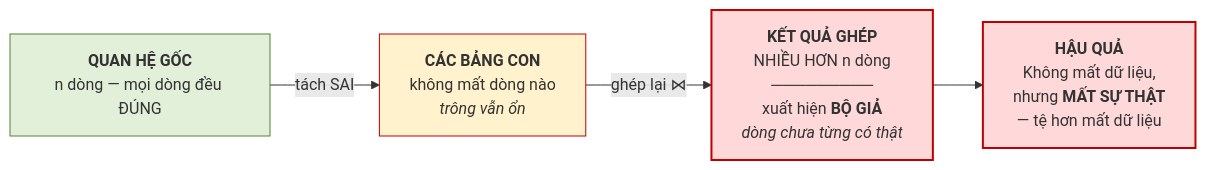
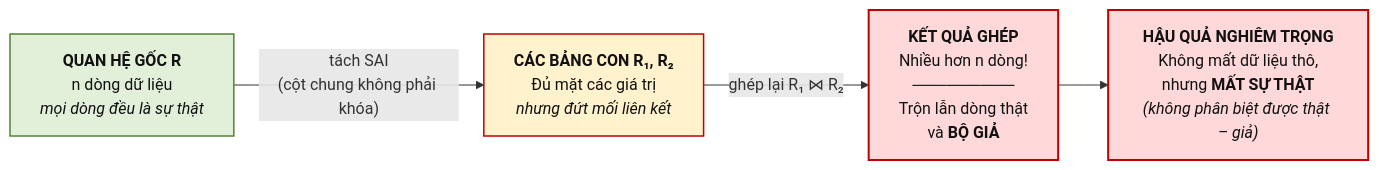
One commit to CuongNguyenDAU/csdl-dbs201 changed the diagram in docs/chuong-5/5-8-phep-tach-luoc-do.md. Above: the diagram before and after it, drawn with Mermaid. The commit also changed other lines of this file and 123 other files, not shown here.

Commit message:
Cập nhật bài giảng v7: sơ đồ ER ký pháp Chen, hình minh họa tự vẽ, mở rộng toàn diện Chương 5 và bổ sung lời giải A4, B5

````diff
--- a/docs/chuong-5/5-8-phep-tach-luoc-do.md
+++ b/docs/chuong-5/5-8-phep-tach-luoc-do.md
@@ -49,11 +58,11 @@
 ```mermaid
 flowchart LR
-    R["<b>QUAN HỆ GỐC</b><br/>n dòng — mọi dòng đều ĐÚNG"]
-    R -->|"tách SAI"| S["<b>CÁC BẢNG CON</b><br/>không mất dòng nào<br/><i>trông vẫn ổn</i>"]
-    S -->|"ghép lại ⋈"| G["<b>KẾT QUẢ GHÉP</b><br/>NHIỀU HƠN n dòng<br/>─────────<br/>xuất hiện <b>BỘ GIẢ</b><br/><i>dòng chưa từng có thật</i>"]
-    G --> K["<b>HẬU QUẢ</b><br/>Không mất dữ liệu,<br/>nhưng <b>MẤT SỰ THẬT</b><br/>— tệ hơn mất dữ liệu"]
-    style R fill:#E2F0D9,stroke:#548235
-    style S fill:#FFF2CC,stroke:#C00000
-    style G fill:#FFD9D9,stroke:#C00000,stroke-width:2px
-    style K fill:#FFD9D9,stroke:#C00000,stroke-width:2px
+    R["<b>QUAN HỆ GỐC R</b><br/>n dòng dữ liệu<br/><i>mọi dòng đều là sự thật</i>"]
+    R -->|"tách SAI<br/>(cột chung không phải khóa)"| S["<b>CÁC BẢNG CON R₁, R₂</b><br/>Đủ mặt các giá trị<br/><i>nhưng đứt mối liên kết</i>"]
+    S -->|"ghép lại R₁ ⋈ R₂"| G["<b>KẾT QUẢ GHÉP</b><br/>Nhiều hơn n dòng!<br/>─────────<br/>Trộn lẫn dòng thật<br/>và <b>BỘ GIẢ</b>"]
+    G --> K["<b>HẬU QUẢ NGHIÊM TRỌNG</b><br/>Không mất dữ liệu thô,<br/>nhưng <b>MẤT SỰ THẬT</b><br/><i>(không phân biệt được thật – giả)</i>"]
+    style R fill:#E2F0D9,color:#111111,stroke:#548235,stroke-width:1.5px
+    style S fill:#FFF2CC,color:#111111,stroke:#C00000,stroke-width:1.5px
+    style G fill:#FFD9D9,color:#111111,stroke:#C00000,stroke-width:2px
+    style K fill:#FFD9D9,color:#111111,stroke:#C00000,stroke-width:2px
 ```
````
